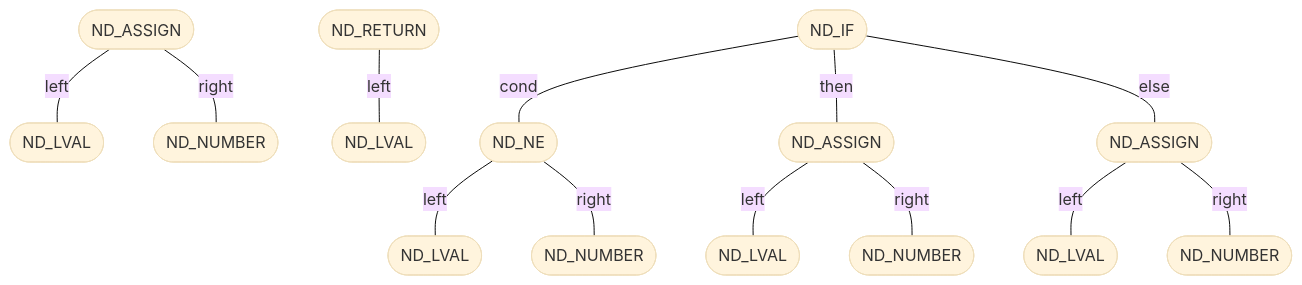
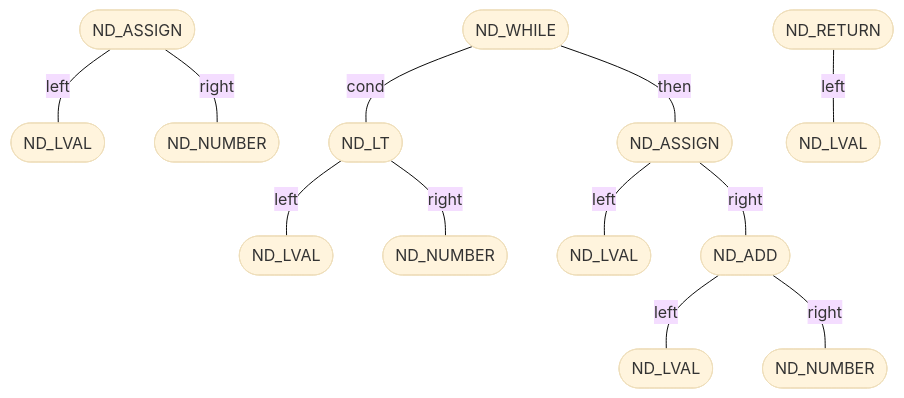
Before and after one commit to rych-hysh/mcc: the diagram in parse_result.md, drawn with Mermaid (base theme). The commit also changed 7 other files, not shown here.

````diff
--- a/parse_result.md
+++ b/parse_result.md
@@ -1,30 +1,28 @@
 ```mermaid
 flowchart TD
 0([ND_ASSIGN])
 1([ND_LVAL])
 0-- left ---1
 3([ND_NUMBER])
 0-- right ---3
-100([ND_IF])
-101([ND_NE])
+100([ND_WHILE])
+101([ND_LT])
 102([ND_LVAL])
 101-- left ---102
 205([ND_NUMBER])
 101-- right ---205
 100-- cond ---101
 203([ND_ASSIGN])
 204([ND_LVAL])
 203-- left ---204
-409([ND_NUMBER])
+409([ND_ADD])
+410([ND_LVAL])
+409-- left ---410
+821([ND_NUMBER])
+409-- right ---821
 203-- right ---409
 100-- then ---203
-407([ND_ASSIGN])
-408([ND_LVAL])
-407-- left ---408
-817([ND_NUMBER])
-407-- right ---817
-100-- else ---407
 200([ND_RETURN])
 201([ND_LVAL])
 200-- left ---201
 ```
````
